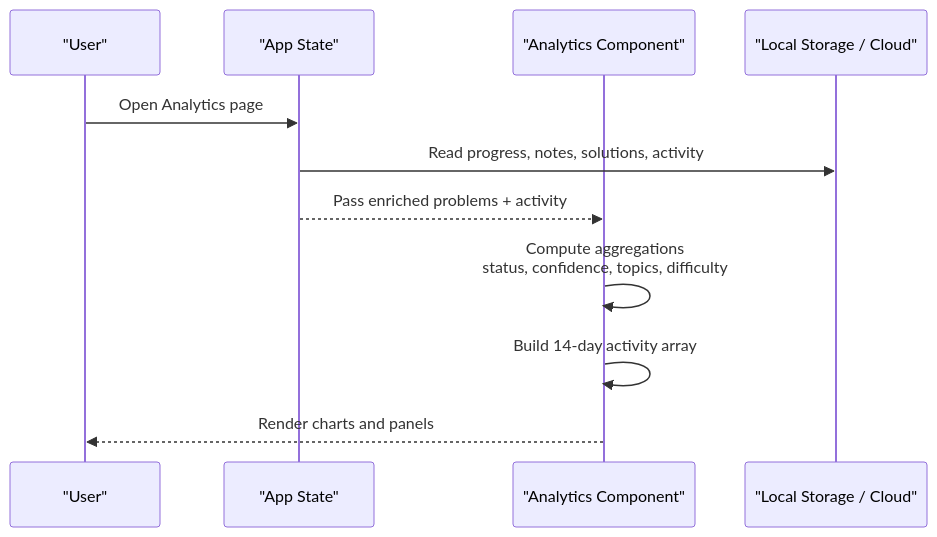
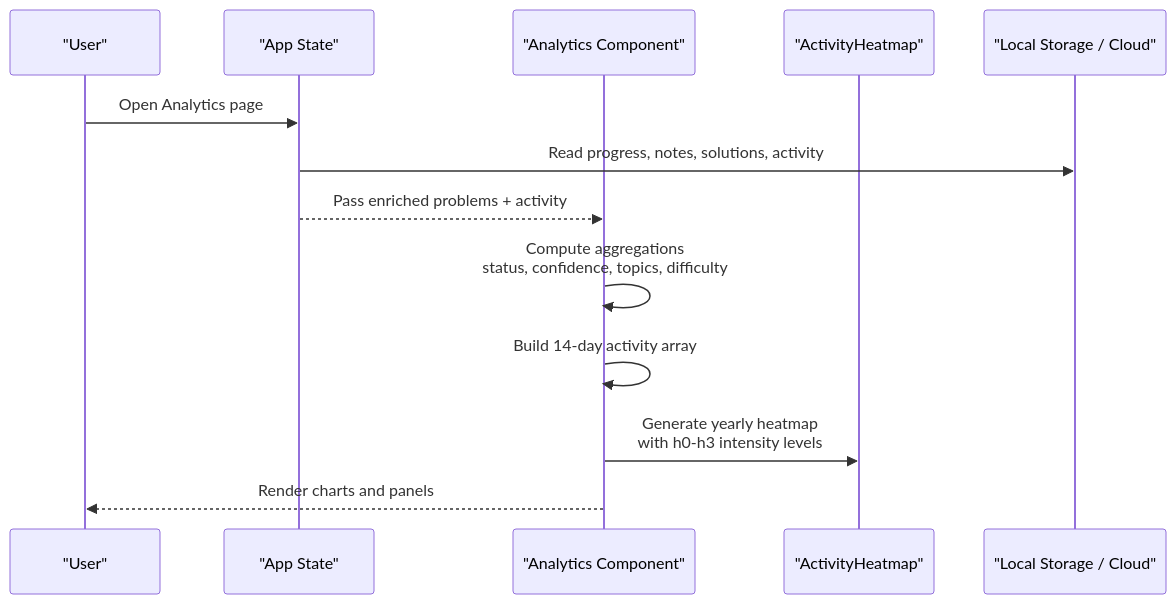
The second of 6 diagrams in .qoder/repowiki/en/content/Frontend Application/Analytics Component.md (iamrituraj/DSA-Tracker), drawn with Mermaid before and after one commit. The commit also changed other lines of this file and 42 other files, not shown here.

````diff
--- a/.qoder/repowiki/en/content/Frontend Application/Analytics Component.md
+++ b/.qoder/repowiki/en/content/Frontend Application/Analytics Component.md
@@ -70,13 +82,15 @@
 ```mermaid
 sequenceDiagram
 participant User as "User"
 participant App as "App State"
 participant Analytics as "Analytics Component"
+participant Heatmap as "ActivityHeatmap"
 participant Data as "Local Storage / Cloud"
 User->>App : Open Analytics page
 App->>Data : Read progress, notes, solutions, activity
 App-->>Analytics : Pass enriched problems + activity
 Analytics->>Analytics : Compute aggregations<br/>status, confidence, topics, difficulty
 Analytics->>Analytics : Build 14-day activity array
+Analytics->>Heatmap : Generate yearly heatmap<br/>with h0-h3 intensity levels
 Analytics-->>User : Render charts and panels
 ```
````
